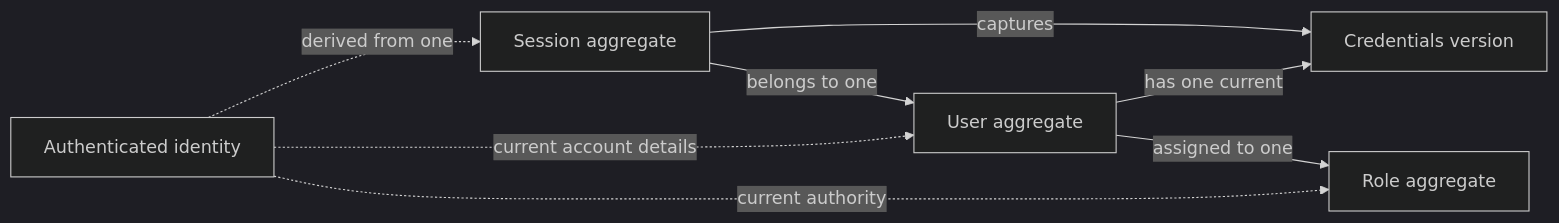
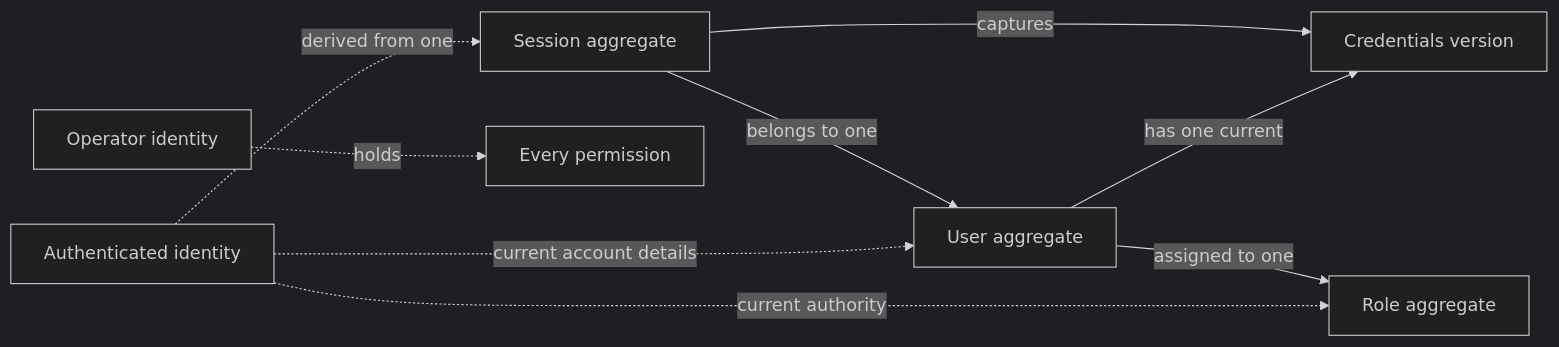
One commit to radynsade/faryengo changed the diagram in docs/domain/security.md. Above: the diagram before and after it, drawn with Mermaid (dark theme). The commit also changed other lines of this file and 89 other files, not shown here.

````diff
--- a/docs/domain/security.md
+++ b/docs/domain/security.md
@@ -16,10 +17,11 @@
 ```mermaid
 flowchart LR
     Session[Session aggregate] -->|belongs to one| User[User aggregate]
     Session -->|captures| Version[Credentials version]
     User -->|has one current| Version
     User -->|assigned to one| Role[Role aggregate]
     Identity[Authenticated identity] -.->|derived from one| Session
     Identity -.->|current account details| User
     Identity -.->|current authority| Role
+    Operator[Operator identity] -.->|holds| All[Every permission]
 ```
````
